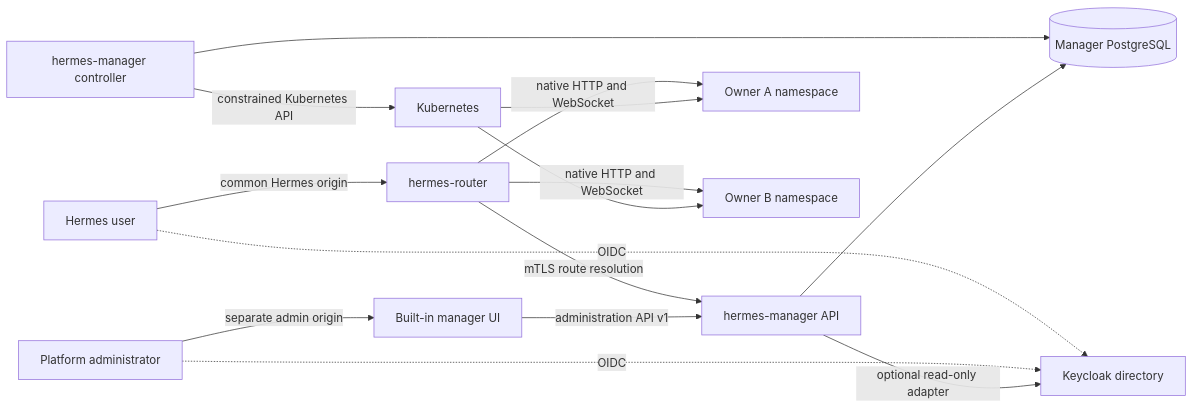
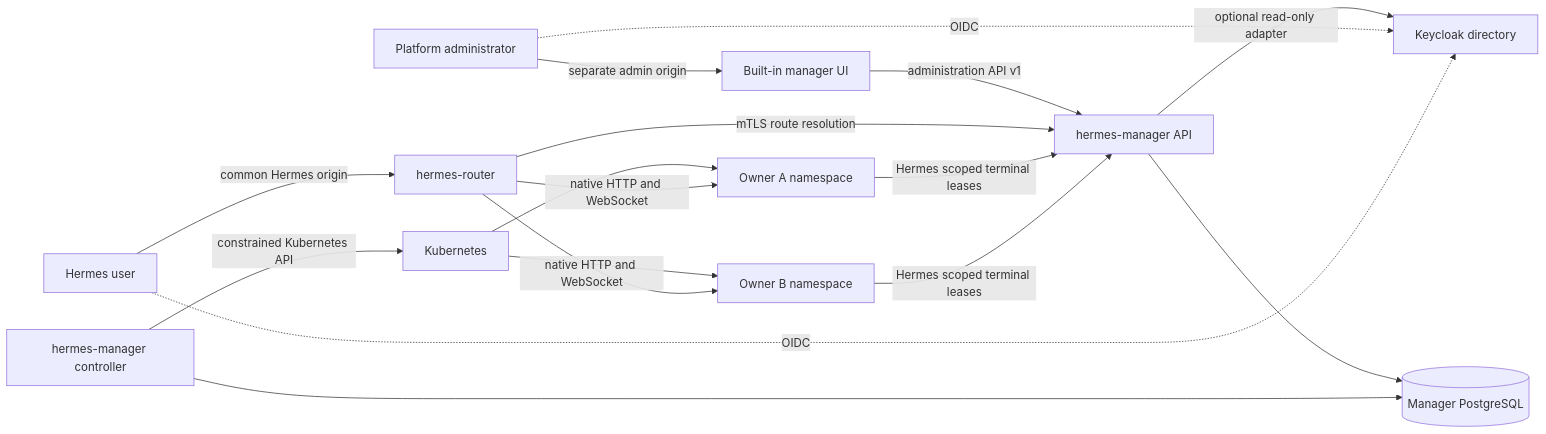
One commit to Accelero/agent-platform changed the first of 2 diagrams in docs/personal-hermes/architecture.md. Above: the diagram before and after it, drawn with Mermaid. The commit also changed other lines of this file and 3 other files, not shown here.

Commit message:
Consolidate Hermes and terminal lifecycle in one Rust manager

````diff
--- a/docs/personal-hermes/architecture.md
+++ b/docs/personal-hermes/architecture.md
@@ -59,17 +61,19 @@
 ```mermaid
 flowchart LR
   Admin[Platform administrator] -->|separate admin origin| UI[Built-in manager UI]
   User[Hermes user] -->|common Hermes origin| Router[hermes-router]
   UI -->|administration API v1| API[hermes-manager API]
   Router -->|mTLS route resolution| API
   API --> Registry[(Manager PostgreSQL)]
   API -->|optional read-only adapter| KC[Keycloak directory]
   Admin -. OIDC .-> KC
   User -. OIDC .-> KC
   Controller[hermes-manager controller] --> Registry
   Controller -->|constrained Kubernetes API| K8s[Kubernetes]
   K8s --> A[Owner A namespace]
   K8s --> B[Owner B namespace]
   Router -->|native HTTP and WebSocket| A
   Router -->|native HTTP and WebSocket| B
+  A -->|Hermes scoped terminal leases| API
+  B -->|Hermes scoped terminal leases| API
 ```
````
